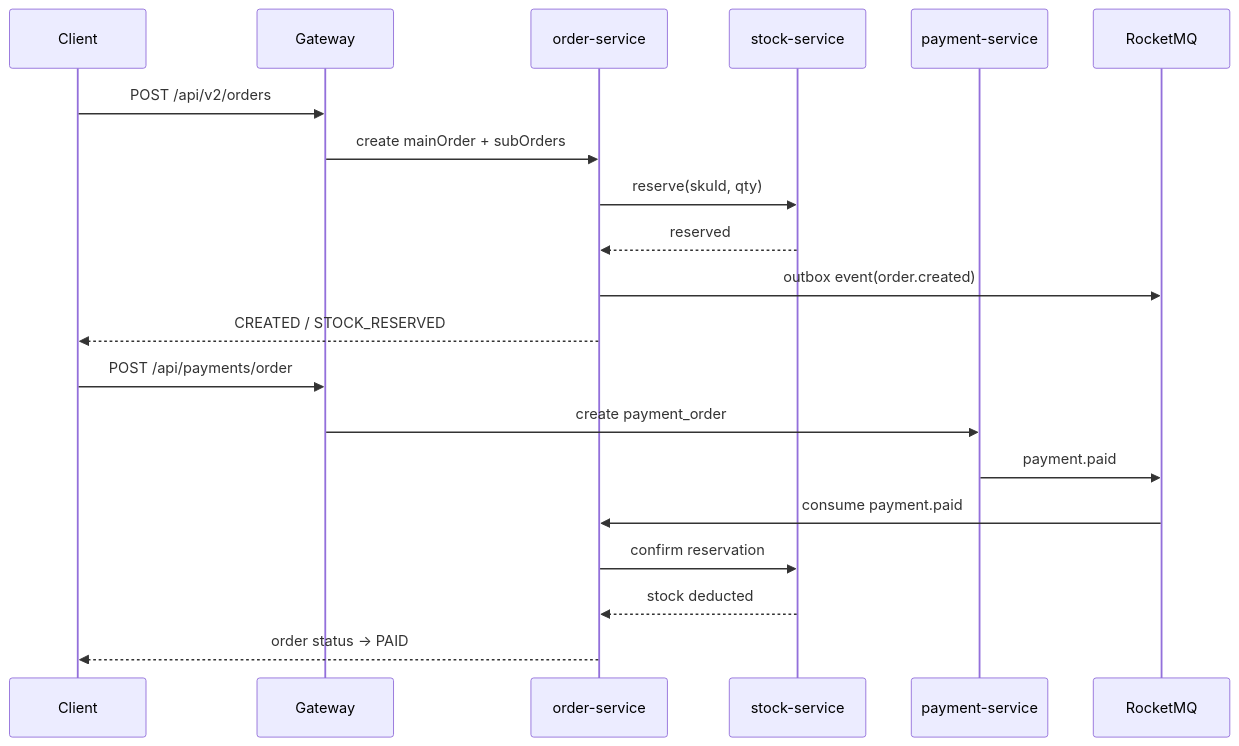
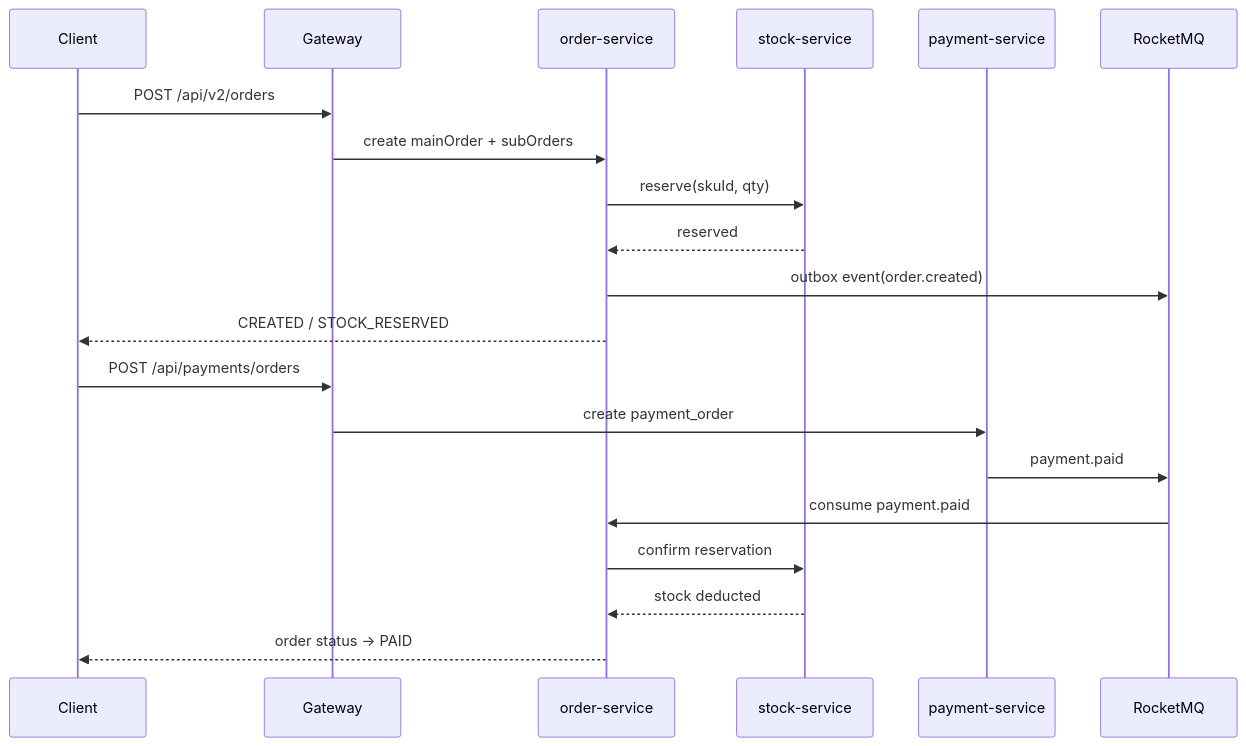
One commit to USERON8/cloud changed the second of 4 diagrams in README.md. Above: the diagram before and after it, drawn with Mermaid. The commit also changed 1 other file, not shown here.

Commit message:
Document updated payment test tokens

````diff
--- a/README.md
+++ b/README.md
@@ -178,24 +178,24 @@
 ```mermaid
 sequenceDiagram
     participant C as Client
     participant GW as Gateway
     participant O as order-service
     participant S as stock-service
     participant P as payment-service
     participant MQ as RocketMQ
 
     C->>GW: POST /api/v2/orders
     GW->>O: create mainOrder + subOrders
     O->>S: reserve(skuId, qty)
     S-->>O: reserved
     O->>MQ: outbox event(order.created)
     O-->>C: CREATED / STOCK_RESERVED
 
-    C->>GW: POST /api/payments/order
+    C->>GW: POST /api/payments/orders
     GW->>P: create payment_order
     P->>MQ: payment.paid
     MQ->>O: consume payment.paid
     O->>S: confirm reservation
     S-->>O: stock deducted
     O-->>C: order status -> PAID
 ```
````
